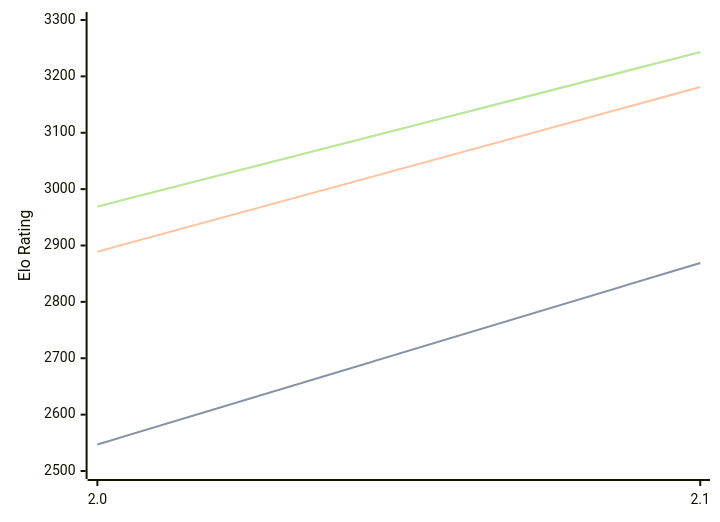
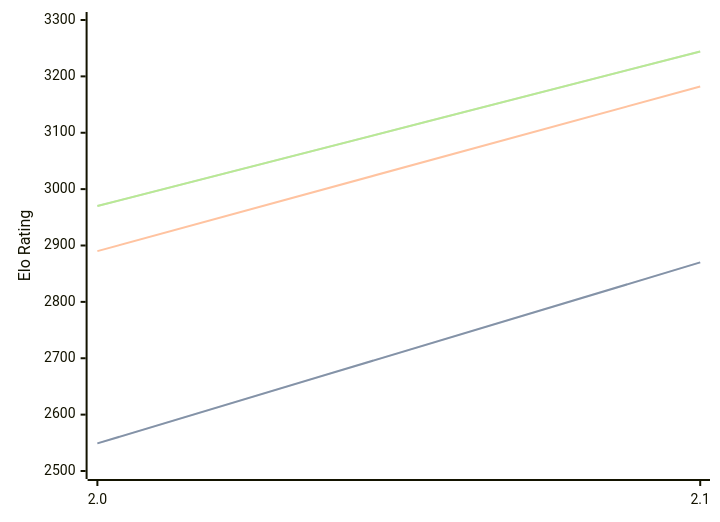
The diagram in engines/Tunguska.md (computer-chess-index/cci), drawn with Mermaid before and after one commit. The commit also changed other lines of this file, not shown here.

Commit message:
Update CCI Ratings (ELO VLTC) - 2026-05-01

````diff
--- a/engines/Tunguska.md
+++ b/engines/Tunguska.md
@@ -32,11 +32,11 @@
 ```mermaid
 %%{init: {"theme":"base","themeVariables":{"seriesColors:['#a3a3a3','#222221','#faa371']}}}%%
 xychart-beta
   x-axis ["2.0", "2.1"]
   y-axis "Elo Rating" 2500 --> 3300
-  line "STC (8.0+0.08s)" [2547, 2869]
-  line "STC (8.0+0.08s)" [2547, 2869]
-  line "LTC (60.0+0.60s)" [2889, 3181]
-  line "VLTC (2m24s+1.12s)" [2969, 3243]
-  line "VLTC (2m24s+1.12s)" [2969, 3243]
+  line "STC (8.0+0.08s)" [2549, 2870]
+  line "STC (8.0+0.08s)" [2549, 2870]
+  line "LTC (60.0+0.60s)" [2890, 3182]
+  line "VLTC (2m24s+1.12s)" [2970, 3244]
+  line "VLTC (2m24s+1.12s)" [2970, 3244]
 ```
````
